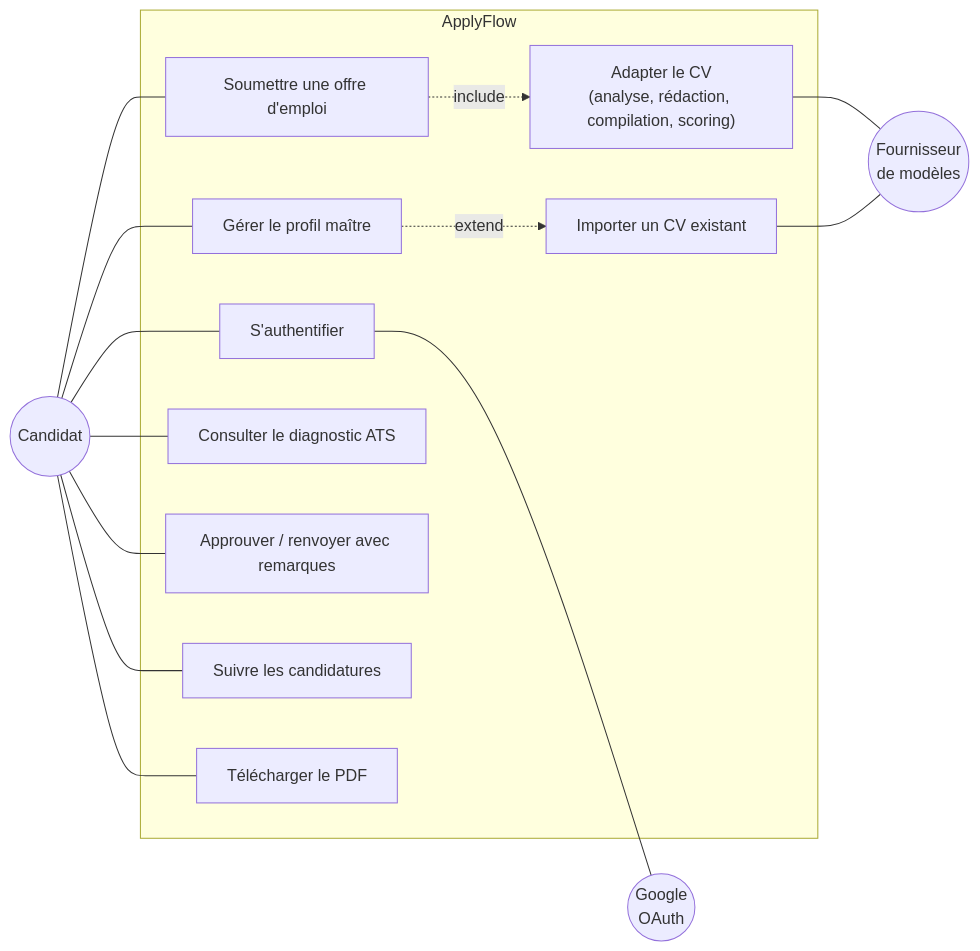
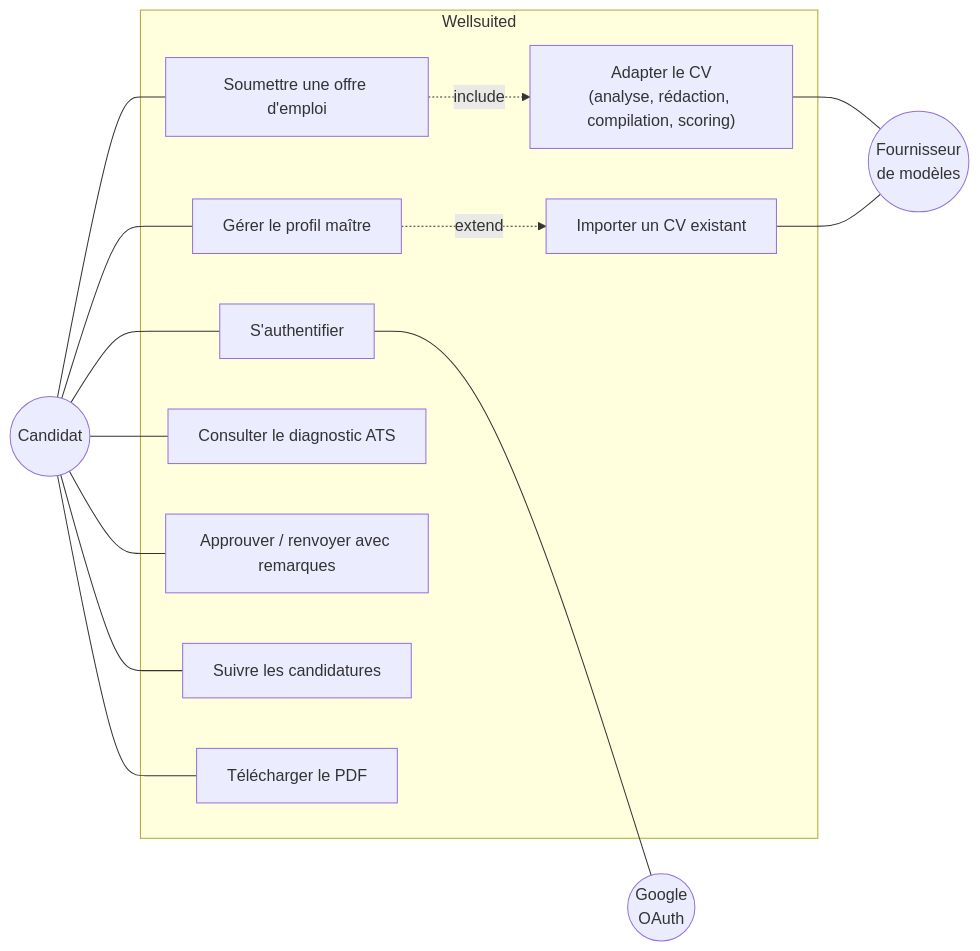
One commit to YounessHassoune/cv-agent changed the second of 7 diagrams in docs/memoire-pfe.md. Above: the diagram before and after it, drawn with Mermaid. The commit also changed other lines of this file and 15 other files, not shown here.

Commit message:
Rename project from ApplyFlow to Wellsuited, updating all relevant references throughout the codebase. Introduce new logo assets and adjust metadata for consistency. Refactor sidebar and layout components to reflect the new branding, ensuring a cohesive user experience across the application.

````diff
--- a/docs/memoire-pfe.md
+++ b/docs/memoire-pfe.md
@@ -292,29 +292,29 @@
 ```mermaid
 graph LR
     U(("Candidat"))
-    subgraph ApplyFlow
+    subgraph Wellsuited
       UC1["S'authentifier"]
       UC2["Gérer le profil maître"]
       UC3["Importer un CV existant"]
       UC4["Soumettre une offre d'emploi"]
       UC5["Adapter le CV<br/>(analyse, rédaction, compilation, scoring)"]
       UC6["Consulter le diagnostic ATS"]
       UC7["Approuver / renvoyer avec remarques"]
       UC8["Suivre les candidatures"]
       UC9["Télécharger le PDF"]
     end
     G(("Google<br/>OAuth"))
     M(("Fournisseur<br/>de modèles"))
     U --- UC1
     U --- UC2
     U --- UC4
     U --- UC6
     U --- UC7
     U --- UC8
     U --- UC9
     UC2 -.->|extend| UC3
     UC4 -.->|include| UC5
     UC1 --- G
     UC5 --- M
     UC3 --- M
 ```
````
